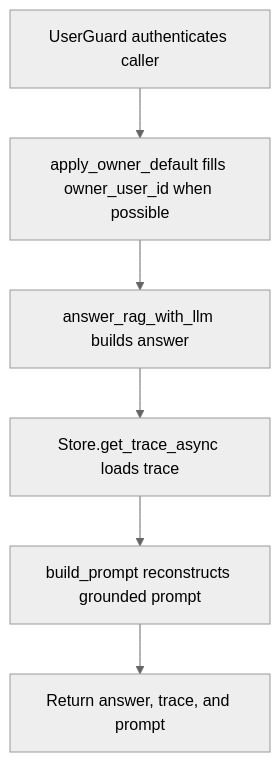
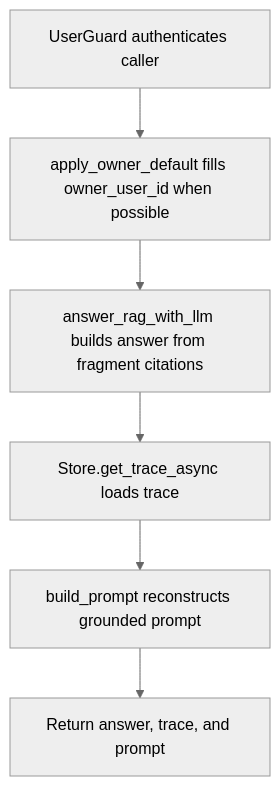
Before and after one commit to dickwu/nowledge: the diagram in doc/api/post_v1_rag_debug.md, drawn with Mermaid (neutral theme). The commit also changed other lines of this file and 31 other files, not shown here.

````diff
--- a/doc/api/post_v1_rag_debug.md
+++ b/doc/api/post_v1_rag_debug.md
@@ -41,14 +44,14 @@
 ```mermaid
 flowchart TD
   n0["UserGuard authenticates caller"]
   n1["apply_owner_default fills owner_user_id when possible"]
-  n2["answer_rag_with_llm builds answer"]
+  n2["answer_rag_with_llm builds answer from fragment citations"]
   n3["Store.get_trace_async loads trace"]
   n4["build_prompt reconstructs grounded prompt"]
   n5["Return answer, trace, and prompt"]
   n0 --> n1
   n1 --> n2
   n2 --> n3
   n3 --> n4
   n4 --> n5
 ```
````
